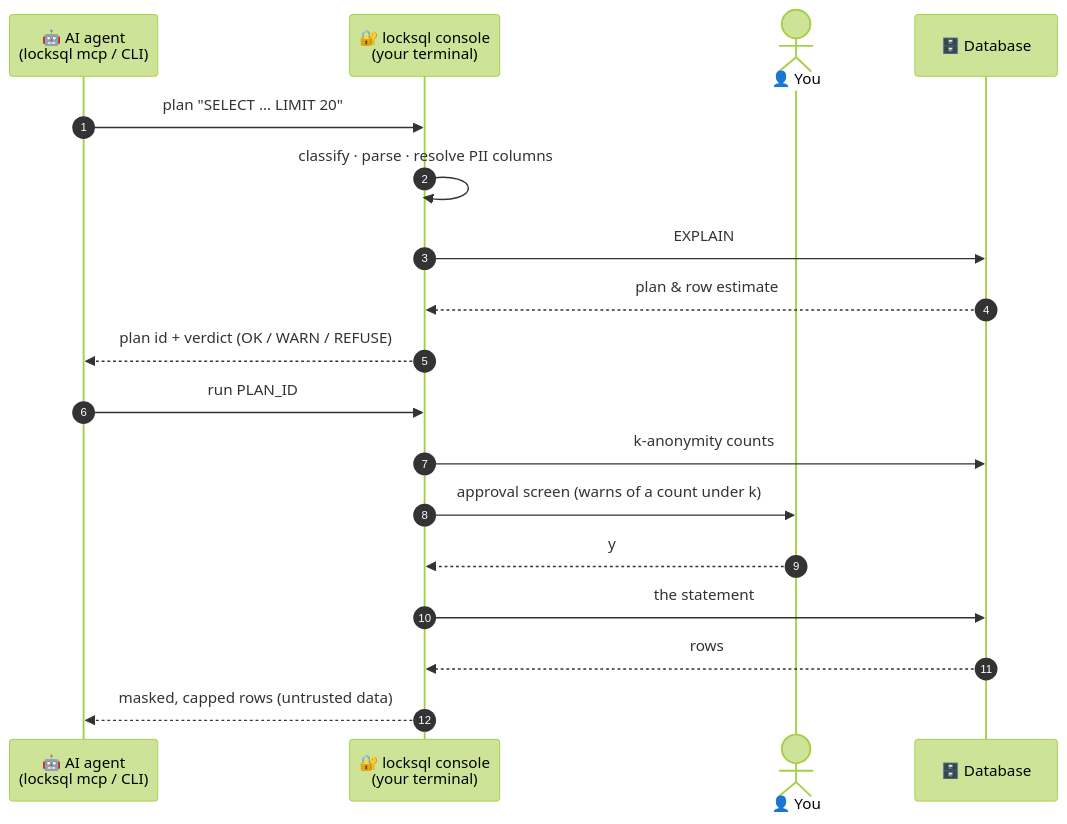
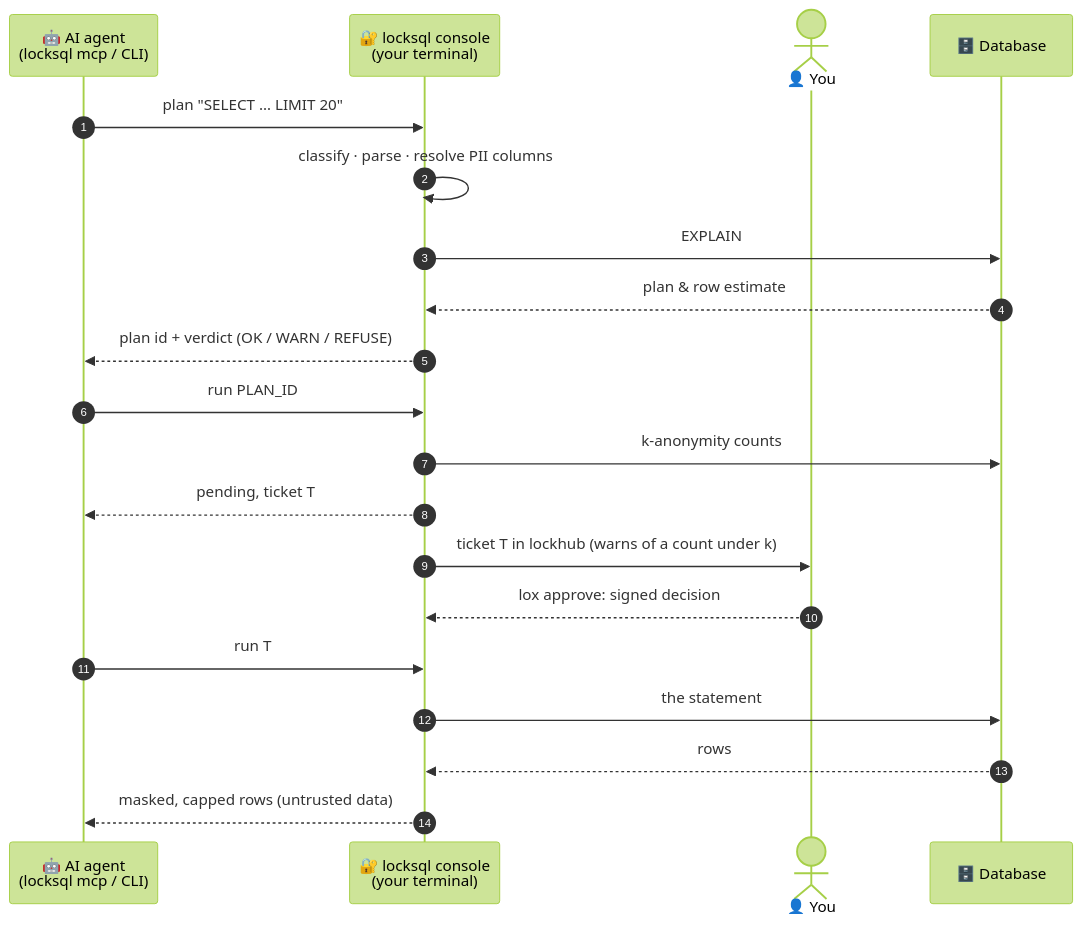
One commit to DavidGodefroid/locksql changed the diagram in README.md. Above: the diagram before and after it, drawn with Mermaid (forest theme). The commit also changed other lines of this file and 99 other files, not shown here.

````diff
--- a/README.md
+++ b/README.md
@@ -191,20 +204,22 @@
 ```mermaid
 sequenceDiagram
     autonumber
     participant A as 🤖 AI agent<br/>(locksql mcp / CLI)
     participant C as 🔐 locksql console<br/>(your terminal)
     actor H as 👤 You
     participant D as 🗄️ Database
     A->>C: plan "SELECT … LIMIT 20"
     C->>C: classify · parse · resolve PII columns
     C->>D: EXPLAIN
     D-->>C: plan & row estimate
     C-->>A: plan id + verdict (OK / WARN / REFUSE)
     A->>C: run PLAN_ID
     C->>D: k-anonymity counts
-    C->>H: approval screen (warns of a count under k)
-    H-->>C: y
+    C-->>A: pending, ticket T
+    C->>H: ticket T in lockhub (warns of a count under k)
+    H-->>C: lox approve: signed decision
+    A->>C: run T
     C->>D: the statement
     D-->>C: rows
     C-->>A: masked, capped rows (untrusted data)
 ```
````
